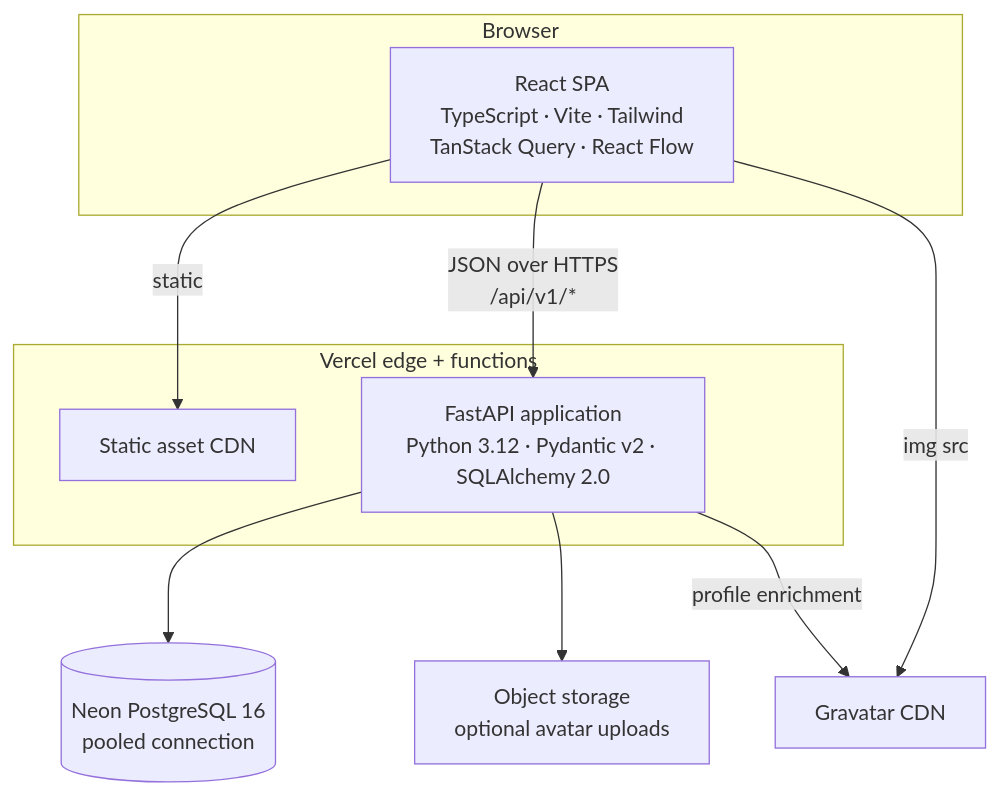
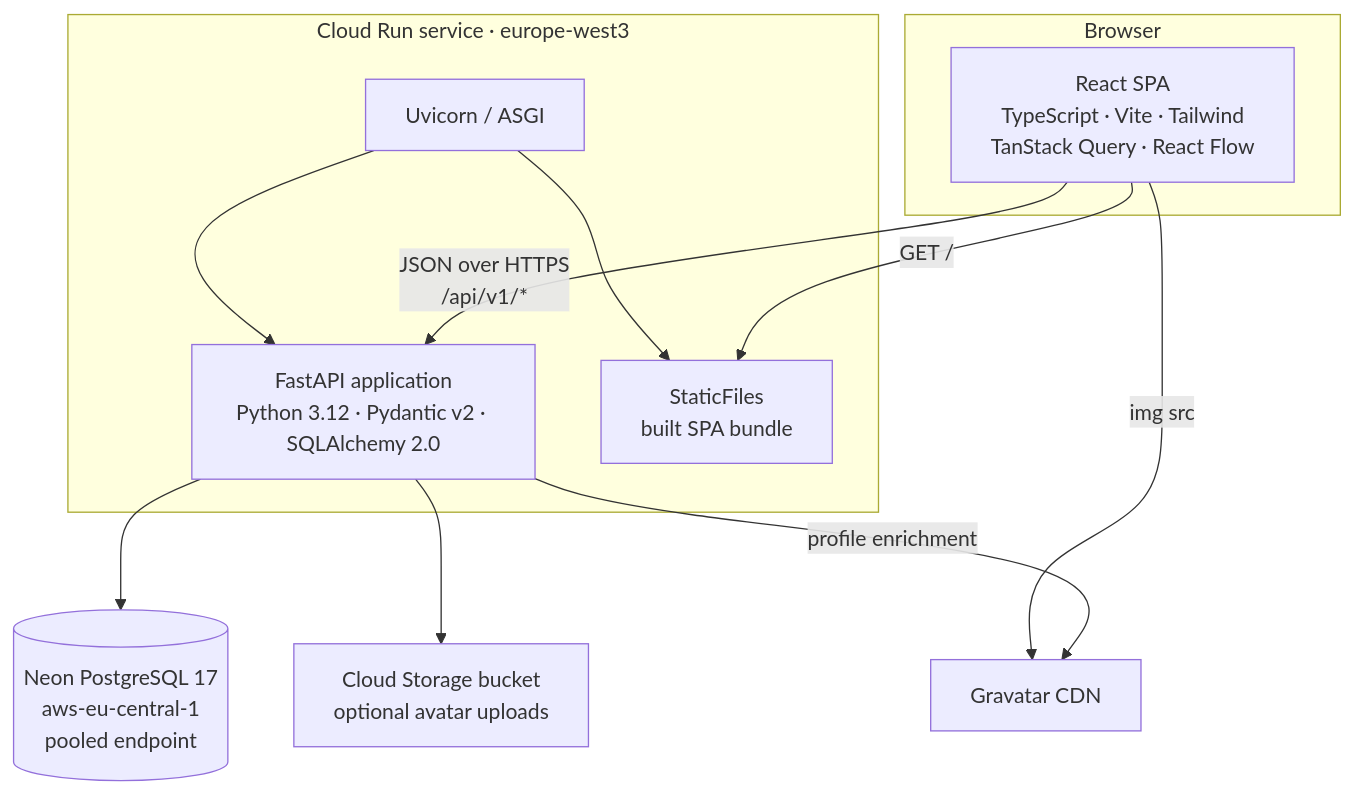
One commit to MichaelKoch23/Epi-Use-Technical-Assessment changed the second of 4 diagrams in docs/TECHNICAL-DESIGN.md. Above: the diagram before and after it, drawn with Mermaid. The commit also changed other lines of this file and 29 other files, not shown here.

````diff
--- a/docs/TECHNICAL-DESIGN.md
+++ b/docs/TECHNICAL-DESIGN.md
@@ -119,22 +122,25 @@
 ```mermaid
 graph TD
     subgraph Browser
         SPA[React SPA<br/>TypeScript · Vite · Tailwind<br/>TanStack Query · React Flow]
     end
 
-    subgraph "Vercel edge + functions"
-        CDN[Static asset CDN]
+    subgraph CR["Cloud Run service · europe-west3"]
+        UV[Uvicorn / ASGI]
         API[FastAPI application<br/>Python 3.12 · Pydantic v2 · SQLAlchemy 2.0]
+        ST[StaticFiles<br/>built SPA bundle]
+        UV --> API
+        UV --> ST
     end
 
-    DB[(Neon PostgreSQL 16<br/>pooled connection)]
+    DB[(Neon PostgreSQL 17<br/>aws-eu-central-1<br/>pooled endpoint)]
     GRV[Gravatar CDN]
-    BLOB[Object storage<br/>optional avatar uploads]
+    BLOB[Cloud Storage bucket<br/>optional avatar uploads]
 
-    SPA -->|static| CDN
+    SPA -->|GET /| ST
     SPA -->|JSON over HTTPS<br/>/api/v1/*| API
     SPA -->|img src| GRV
     API --> DB
     API --> BLOB
     API -->|profile enrichment| GRV
 ```
````
